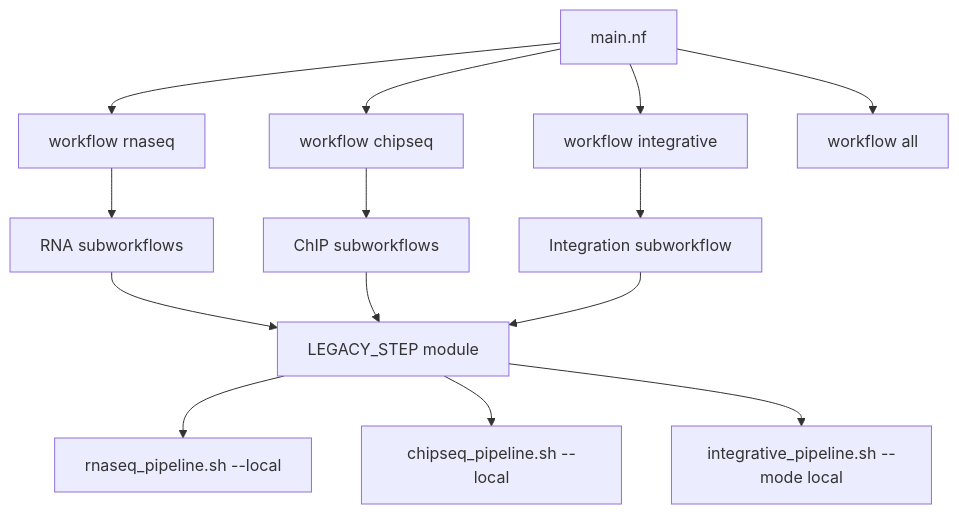
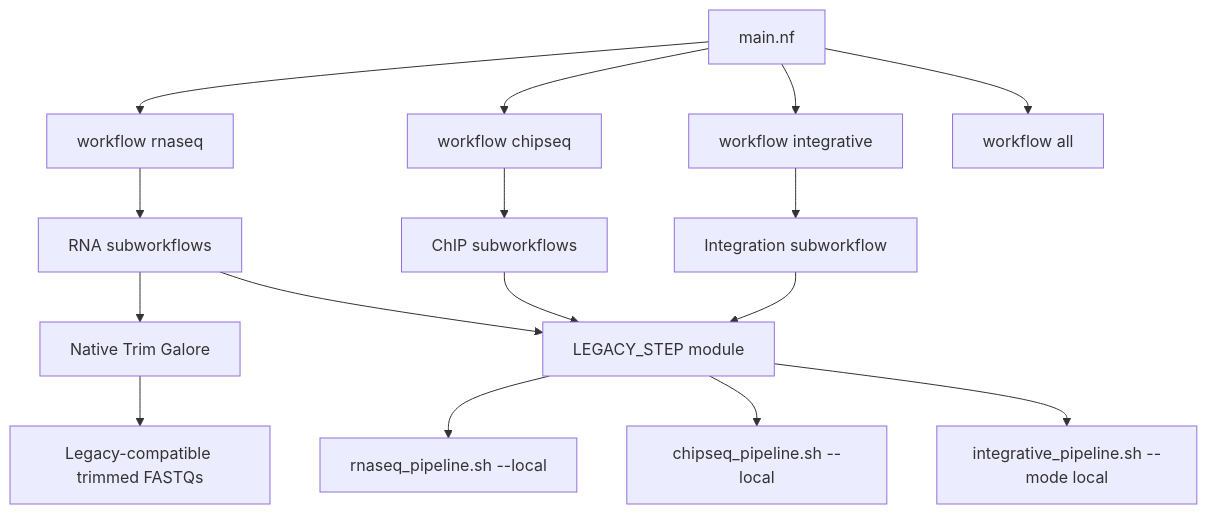
The diagram in docs/architecture.md (GMiguelAlves/HelixForge), drawn with Mermaid before and after one commit. The commit also changed other lines of this file and 12 other files, not shown here.

````diff
--- a/docs/architecture.md
+++ b/docs/architecture.md
@@ -3,19 +3,21 @@
 ```mermaid
 flowchart TB
     MAIN["main.nf"] --> RNA["workflow rnaseq"]
     MAIN --> CHIP["workflow chipseq"]
     MAIN --> INT["workflow integrative"]
     MAIN --> ALL["workflow all"]
 
     RNA --> RSW["RNA subworkflows"]
     CHIP --> CSW["ChIP subworkflows"]
     INT --> ISW["Integration subworkflow"]
 
+    RSW --> TRIM["Native Trim Galore"]
     RSW --> WRAP["LEGACY_STEP module"]
     CSW --> WRAP
     ISW --> WRAP
 
     WRAP --> RB["rnaseq_pipeline.sh --local"]
     WRAP --> CB["chipseq_pipeline.sh --local"]
     WRAP --> IB["integrative_pipeline.sh --mode local"]
+    TRIM --> TRIMMED["Legacy-compatible trimmed FASTQs"]
 ```
````
